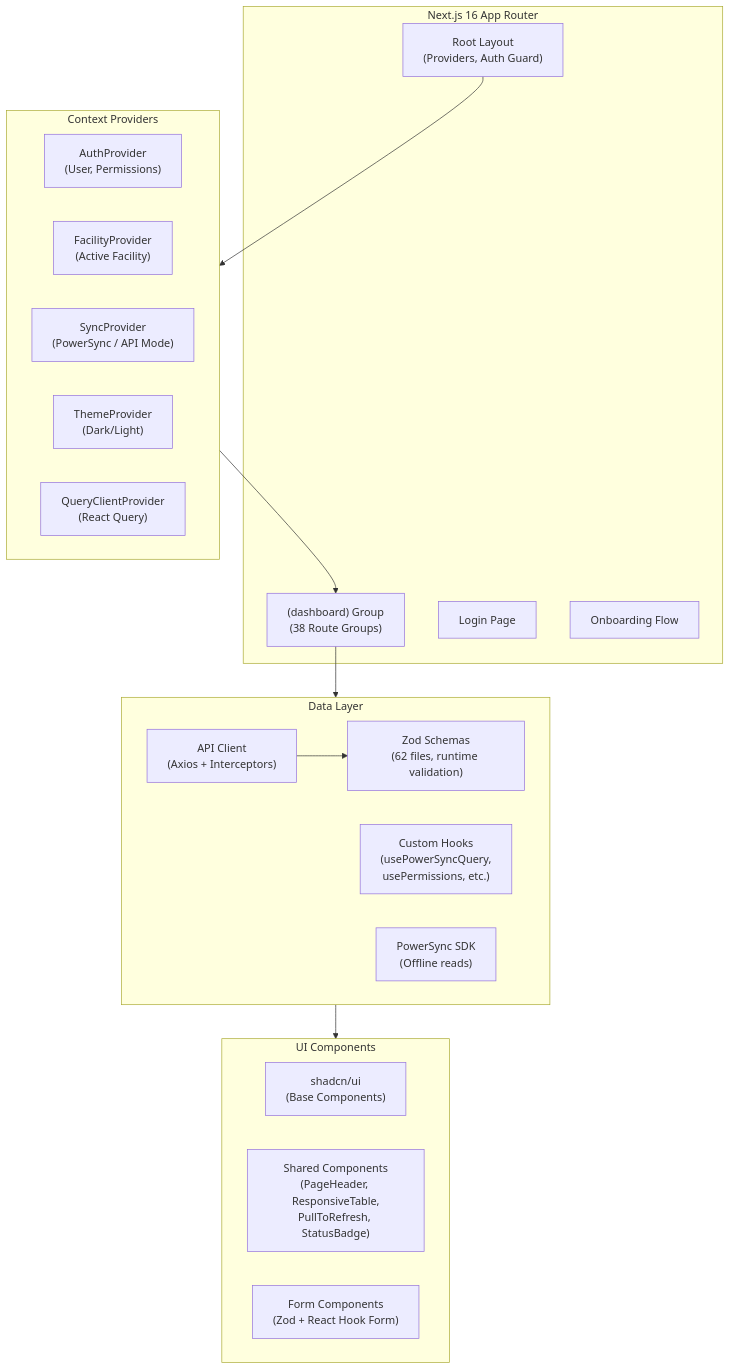
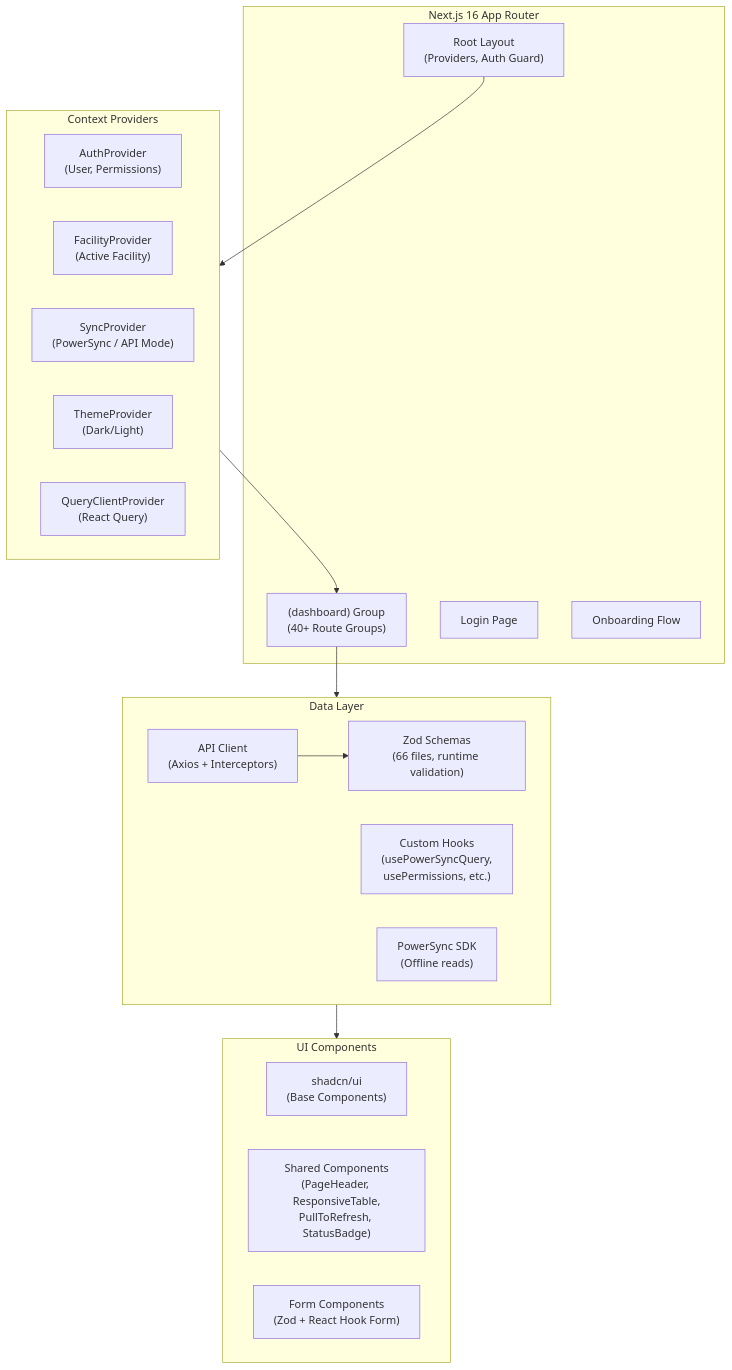
Before and after one commit to nexora-africa-ltd/vitora: diagram 12 of 15 in docs/architecture-diagrams.md, drawn with Mermaid. The commit also changed other lines of this file and 11 other files, not shown here.

````diff
--- a/docs/architecture-diagrams.md
+++ b/docs/architecture-diagrams.md
@@ -516,36 +516,36 @@
 ```mermaid
 graph TB
     subgraph NextJS["Next.js 16 App Router"]
         LAYOUT["Root Layout<br/>(Providers, Auth Guard)"]
-        DASH["(dashboard) Group<br/>(38 Route Groups)"]
+        DASH["(dashboard) Group<br/>(40+ Route Groups)"]
         LOGIN_PAGE["Login Page"]
         ONBOARD["Onboarding Flow"]
     end
 
     subgraph Providers["Context Providers"]
         AUTH_CTX["AuthProvider<br/>(User, Permissions)"]
         FAC_CTX["FacilityProvider<br/>(Active Facility)"]
         SYNC_CTX["SyncProvider<br/>(PowerSync / API Mode)"]
         THEME["ThemeProvider<br/>(Dark/Light)"]
         QUERY["QueryClientProvider<br/>(React Query)"]
     end
 
     subgraph DataLayer["Data Layer"]
         API_CLIENT["API Client<br/>(Axios + Interceptors)"]
-        ZOD["Zod Schemas<br/>(62 files, runtime validation)"]
+        ZOD["Zod Schemas<br/>(66 files, runtime validation)"]
         HOOKS["Custom Hooks<br/>(usePowerSyncQuery,<br/>usePermissions, etc.)"]
         POWERSYNC_SDK["PowerSync SDK<br/>(Offline reads)"]
     end
 
     subgraph UI["UI Components"]
         SHADCN["shadcn/ui<br/>(Base Components)"]
         SHARED["Shared Components<br/>(PageHeader, ResponsiveTable,<br/>PullToRefresh, StatusBadge)"]
         FORMS["Form Components<br/>(Zod + React Hook Form)"]
     end
 
     LAYOUT --> Providers
     Providers --> DASH
     DASH --> DataLayer
     DataLayer --> UI
     API_CLIENT --> ZOD
 ```
````
